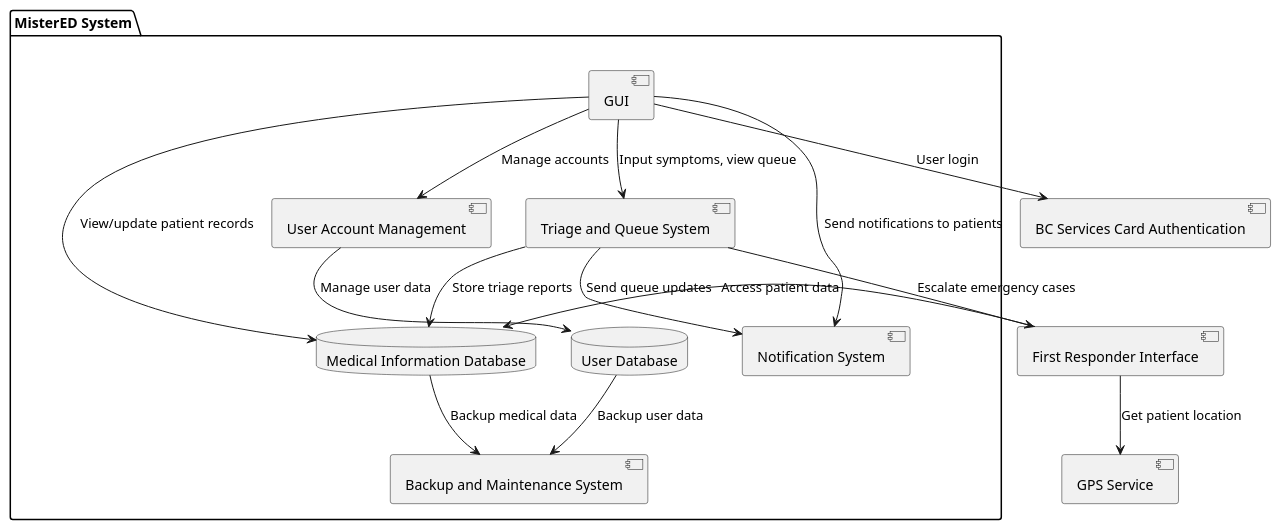
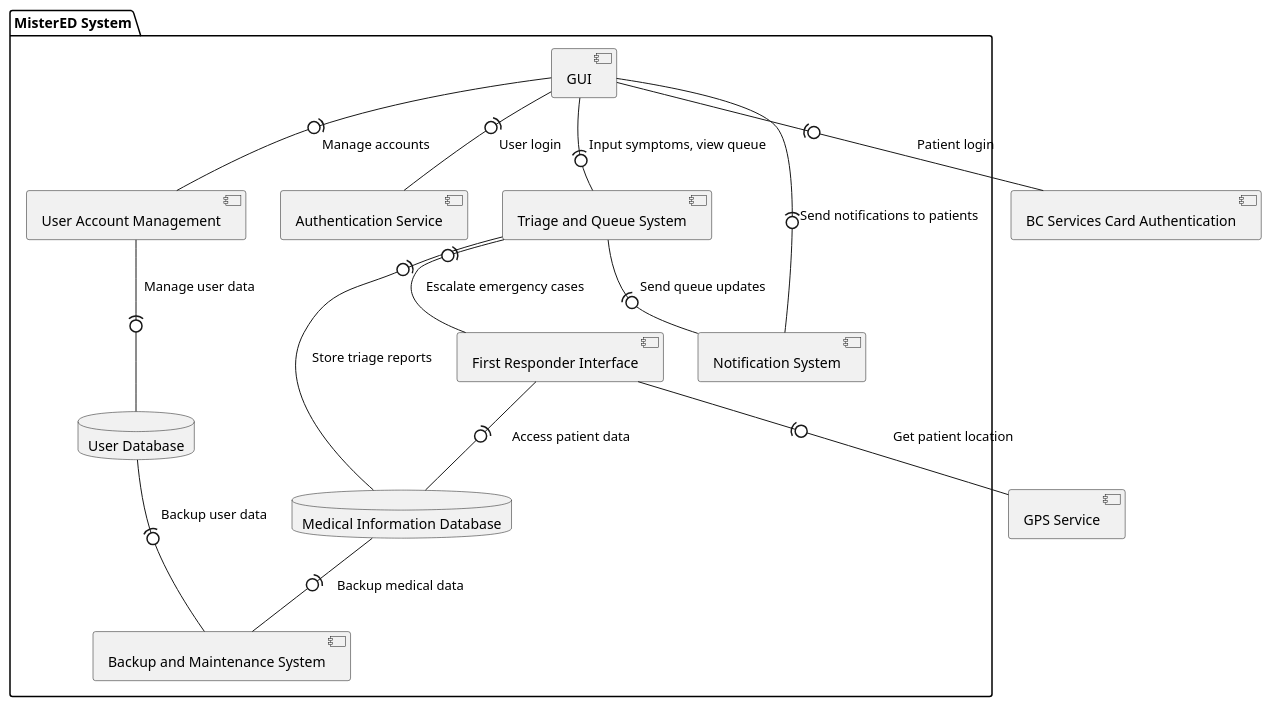
The diagram in Milestone2/component/component_diagram.puml (SENG-350-2024-fall/Team-1), drawn with PlantUML before and after one commit. The commit also changed 1 other file, not shown here.

Commit message:
updating component diagram

```diff
--- a/Milestone2/component/component_diagram.puml
+++ b/Milestone2/component/component_diagram.puml
@@ -1,30 +1,31 @@
 @startuml
 package "MisterED System" {
     [GUI] as UI
     [Triage and Queue System] as Triage
     database "Medical Information Database" as DB
     database "User Database" as UserDB
     [Notification System] as Notify
     [User Account Management] as AccountMgmt
     [Backup and Maintenance System] as Backup
+    [First Responder Interface] as FirstResponder
+    [Authentication Service] as UserAuth
 }
 
-[BC Services Card Authentication] as Auth
-[First Responder Interface] as FirstResponder
+[BC Services Card Authentication] as PatientAuth
 [GPS Service] as GPS
 
-UI --> Auth : "User login"
-UI --> Triage : "Input symptoms, view queue"
-UI --> Notify : "Send notifications to patients"
-UI --> DB : "View/update patient records"
-UI --> AccountMgmt : "Manage accounts"
-Triage --> DB : "Store triage reports"
-Triage --> Notify : "Send queue updates"
-Triage --> FirstResponder : "Escalate emergency cases"
-FirstResponder --> DB : "Access patient data"
-FirstResponder --> GPS : "Get patient location"
-AccountMgmt --> UserDB : "Manage user data"
-DB --> Backup : "Backup medical data"
-UserDB --> Backup : "Backup user data"
+UI -(0- PatientAuth : "Patient login"
+UI -(0- UserAuth : "User login"
+UI -(0- Triage : "Input symptoms, view queue"
+UI -(0- AccountMgmt : "Manage accounts"
+UI -(0- Notify : "Send notifications to patients"
+Triage -(0- DB : "Store triage reports"
+Triage -(0- Notify : "Send queue updates"
+Triage -(0- FirstResponder : "Escalate emergency cases"
+FirstResponder -(0- DB : "Access patient data"
+FirstResponder -(0- GPS : "Get patient location"
+AccountMgmt -(0- UserDB : "Manage user data"
+DB -(0- Backup : "Backup medical data"
+UserDB -(0- Backup : "Backup user data"
 
 @enduml
```
